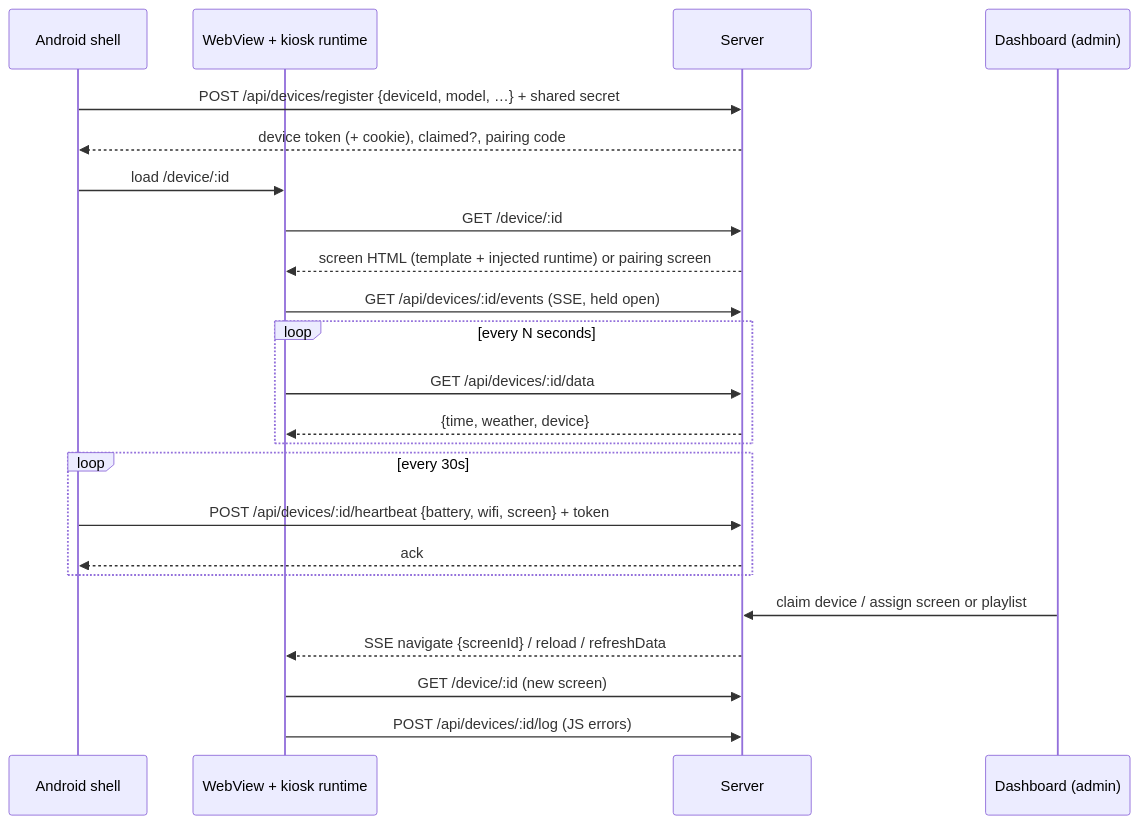
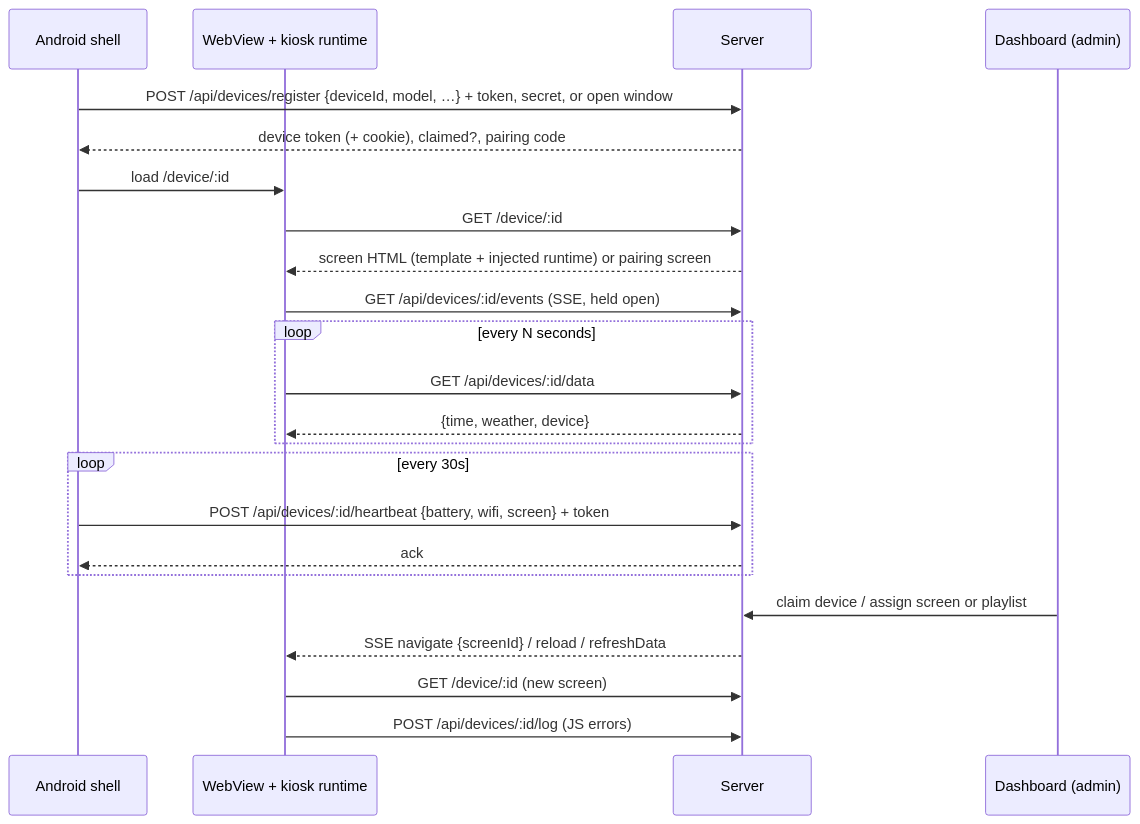
The diagram in docs/architecture.md (notglossy/show-runner), drawn with Mermaid before and after one commit. The commit also changed other lines of this file and 22 other files, not shown here.

First line of the commit message:
server: registration window, optional shared secret, token-bound re-registration

````diff
--- a/docs/architecture.md
+++ b/docs/architecture.md
@@ -31,26 +31,26 @@
 ```mermaid
 sequenceDiagram
     participant App as Android shell
     participant WV as WebView + kiosk runtime
     participant S as Server
     participant D as Dashboard (admin)
 
-    App->>S: POST /api/devices/register {deviceId, model, …} + shared secret
+    App->>S: POST /api/devices/register {deviceId, model, …} + token, secret, or open window
     S-->>App: device token (+ cookie), claimed?, pairing code
     App->>WV: load /device/:id
     WV->>S: GET /device/:id
     S-->>WV: screen HTML (template + injected runtime) or pairing screen
     WV->>S: GET /api/devices/:id/events (SSE, held open)
     loop every N seconds
         WV->>S: GET /api/devices/:id/data
         S-->>WV: {time, weather, device}
     end
     loop every 30s
         App->>S: POST /api/devices/:id/heartbeat {battery, wifi, screen} + token
         S-->>App: ack
     end
     D->>S: claim device / assign screen or playlist
     S-->>WV: SSE navigate {screenId} / reload / refreshData
     WV->>S: GET /device/:id (new screen)
     WV->>S: POST /api/devices/:id/log (JS errors)
 ```
````
